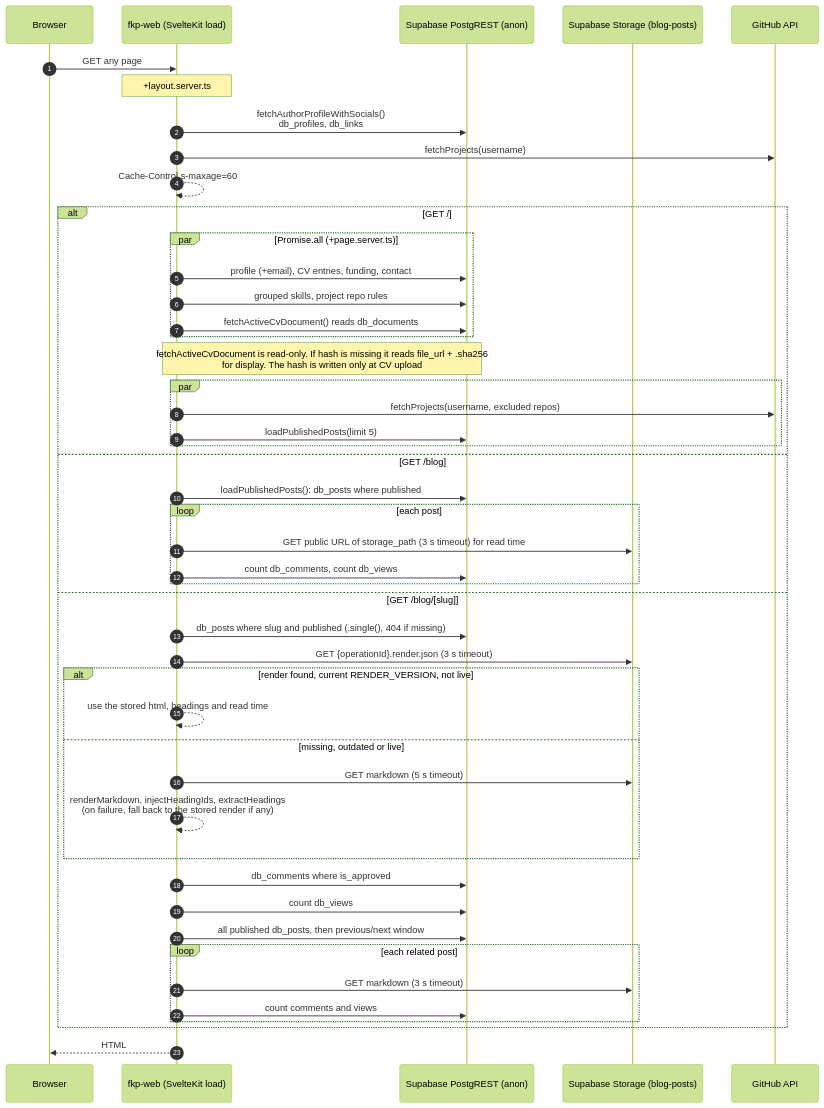
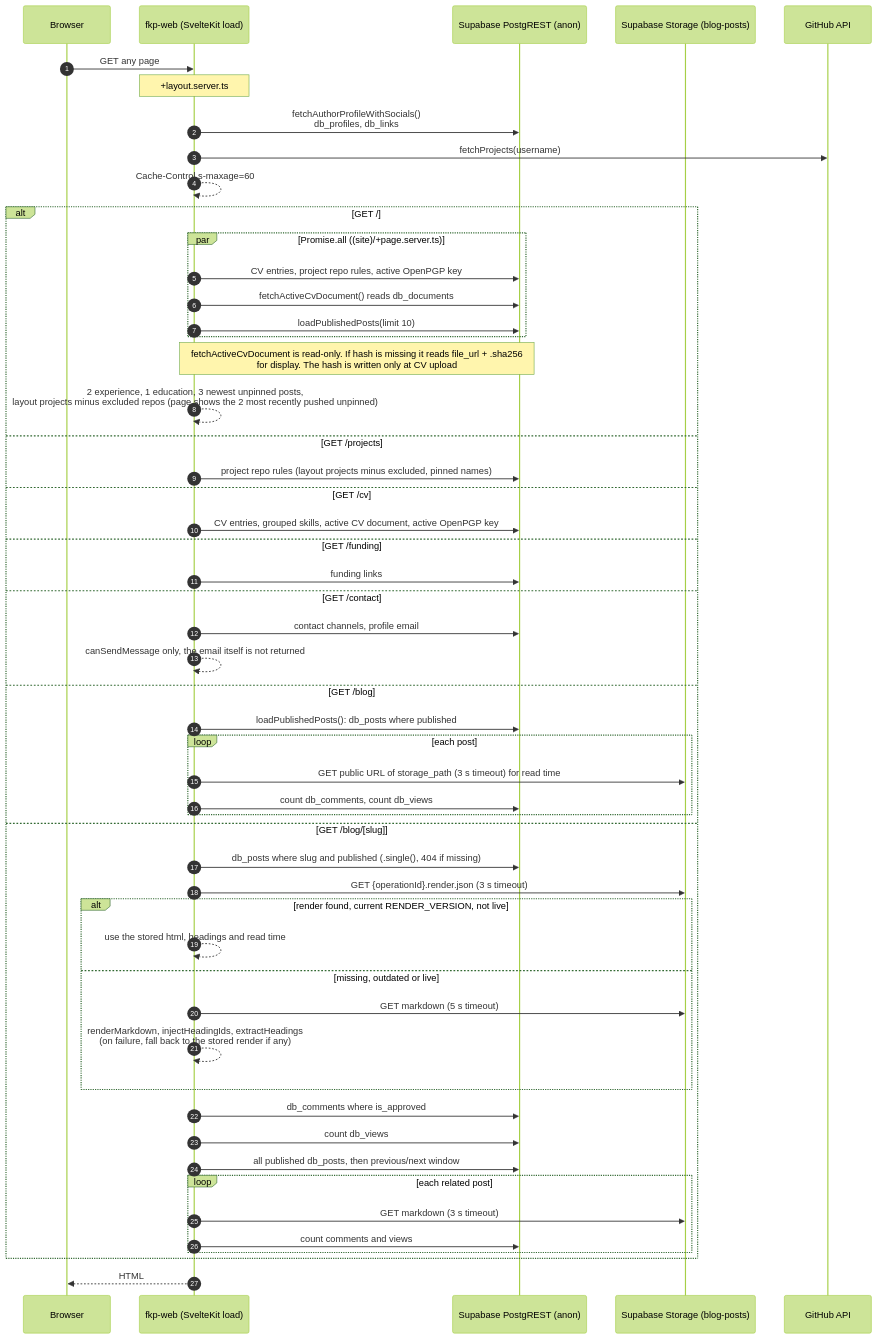
Before and after one commit to farhnkrnapratma/idstead: the diagram in docs/001-architecture/003-page-render.md, drawn with Mermaid (forest theme). The commit also changed other lines of this file and 37 other files, not shown here.

First line of the commit message:
feat(web): give each site section its own page

````diff
--- a/docs/001-architecture/003-page-render.md
+++ b/docs/001-architecture/003-page-render.md
@@ -5,51 +5,57 @@
 ```mermaid
 sequenceDiagram
     autonumber
     participant B as Browser
     participant W as fkp-web (SvelteKit load)
     participant DB as Supabase PostgREST (anon)
     participant ST as Supabase Storage (blog-posts)
     participant GH as GitHub API
 
     B->>W: GET any page
     Note over W: +layout.server.ts
     W->>DB: fetchAuthorProfileWithSocials()<br/>db_profiles, db_links
     W->>GH: fetchProjects(username)
     W-->>W: Cache-Control s-maxage=60
 
     alt GET /
-        par Promise.all (+page.server.ts)
-            W->>DB: profile (+email), CV entries, funding, contact
-            W->>DB: grouped skills, project repo rules
+        par Promise.all ((site)/+page.server.ts)
+            W->>DB: CV entries, project repo rules, active OpenPGP key
             W->>DB: fetchActiveCvDocument() reads db_documents
+            W->>DB: loadPublishedPosts(limit 10)
         end
         Note over W,DB: fetchActiveCvDocument is read-only. If hash is missing it reads file_url + .sha256<br/>for display. The hash is written only at CV upload
-        par
-            W->>GH: fetchProjects(username, excluded repos)
-            W->>DB: loadPublishedPosts(limit 5)
-        end
+        W-->>W: 2 experience, 1 education, 3 newest unpinned posts,<br/>layout projects minus excluded repos (page shows the 2 most recently pushed unpinned)
+    else GET /projects
+        W->>DB: project repo rules (layout projects minus excluded, pinned names)
+    else GET /cv
+        W->>DB: CV entries, grouped skills, active CV document, active OpenPGP key
+    else GET /funding
+        W->>DB: funding links
+    else GET /contact
+        W->>DB: contact channels, profile email
+        W-->>W: canSendMessage only, the email itself is not returned
     else GET /blog
         W->>DB: loadPublishedPosts(): db_posts where published
         loop each post
             W->>ST: GET public URL of storage_path (3 s timeout) for read time
             W->>DB: count db_comments, count db_views
         end
     else GET /blog/[slug]
         W->>DB: db_posts where slug and published (.single(), 404 if missing)
         W->>ST: GET {operationId}.render.json (3 s timeout)
         alt render found, current RENDER_VERSION, not live
             W-->>W: use the stored html, headings and read time
         else missing, outdated or live
             W->>ST: GET markdown (5 s timeout)
             W-->>W: renderMarkdown, injectHeadingIds, extractHeadings<br/>(on failure, fall back to the stored render if any)
         end
         W->>DB: db_comments where is_approved
         W->>DB: count db_views
         W->>DB: all published db_posts, then previous/next window
         loop each related post
             W->>ST: GET markdown (3 s timeout)
             W->>DB: count comments and views
         end
     end
     W-->>B: HTML
 ```
````
